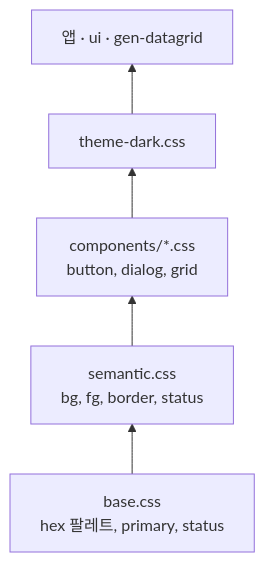
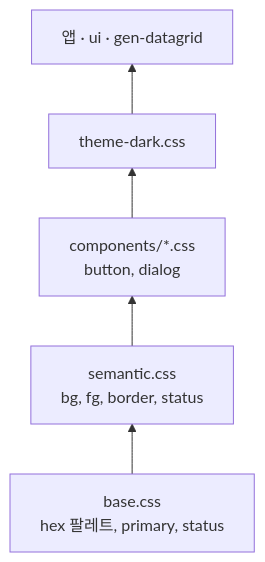
One commit to truerain/genoffice-v2 changed the first of 2 diagrams in .docs/08-DESIGN-TOKENS-GUIDE.md. Above: the diagram before and after it, drawn with Mermaid. The commit also changed other lines of this file and 13 other files, not shown here.

````diff
--- a/.docs/08-DESIGN-TOKENS-GUIDE.md
+++ b/.docs/08-DESIGN-TOKENS-GUIDE.md
@@ -73,13 +73,13 @@
 ```mermaid
 flowchart BT
   BASE["base.css<br/>hex 팔레트, primary, status"]
   SEM["semantic.css<br/>bg, fg, border, status"]
-  COMP["components/*.css<br/>button, dialog, grid"]
+  COMP["components/*.css<br/>button, dialog"]
   DARK["theme-dark.css"]
   USE["앱 · ui · gen-datagrid"]
 
   BASE --> SEM
   SEM --> COMP
   COMP --> DARK
   DARK --> USE
 ```
````
